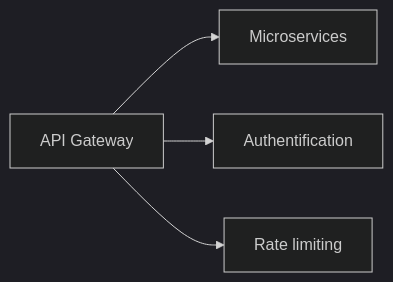
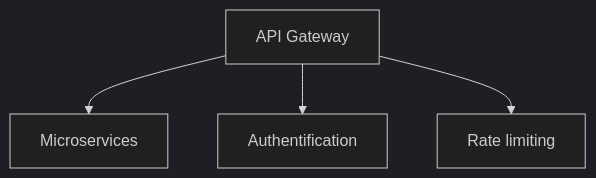
One commit to zyrass/omnydocs changed the third of 41 diagrams in docs/glossaire/developpement-web.md. Above: the diagram before and after it, drawn with Mermaid (dark theme). The commit also changed other lines of this file and 1780 other files, not shown here.

````diff
--- a/docs/glossaire/developpement-web.md
+++ b/docs/glossaire/developpement-web.md
@@ -64,6 +78,6 @@
-    ```mermaid
-    graph LR
-        A[API Gateway] --> B[Microservices]
-        A --> C[Authentification]
-        A --> D[Rate limiting]
-    ```
+```mermaid
+graph TB
+    A[API Gateway] --> B[Microservices]
+    A --> C[Authentification]
+    A --> D[Rate limiting]
+```
````
